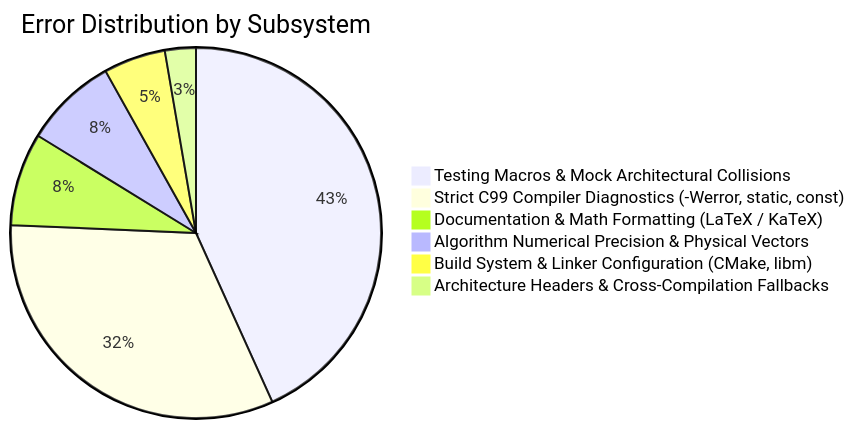
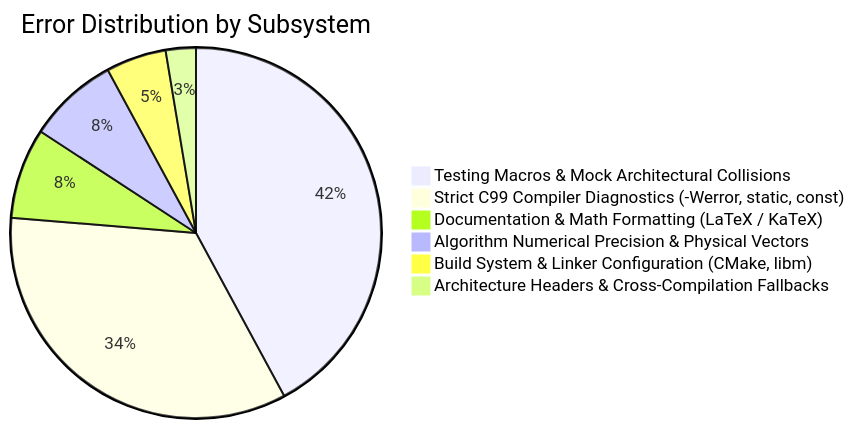
The diagram in context/errors/README.md (Thejus26/rain-predict), drawn with Mermaid before and after one commit. The commit also changed other lines of this file and 4 other files, not shown here.

````diff
--- a/context/errors/README.md
+++ b/context/errors/README.md
@@ -53,9 +54,9 @@
 ```mermaid
 pie title Error Distribution by Subsystem
     "Testing Macros & Mock Architectural Collisions" : 16
-    "Strict C99 Compiler Diagnostics (-Werror, static, const)" : 12
+    "Strict C99 Compiler Diagnostics (-Werror, static, const)" : 13
     "Documentation & Math Formatting (LaTeX / KaTeX)" : 3
     "Algorithm Numerical Precision & Physical Vectors" : 3
     "Build System & Linker Configuration (CMake, libm)" : 2
     "Architecture Headers & Cross-Compilation Fallbacks" : 1
 ```
````
